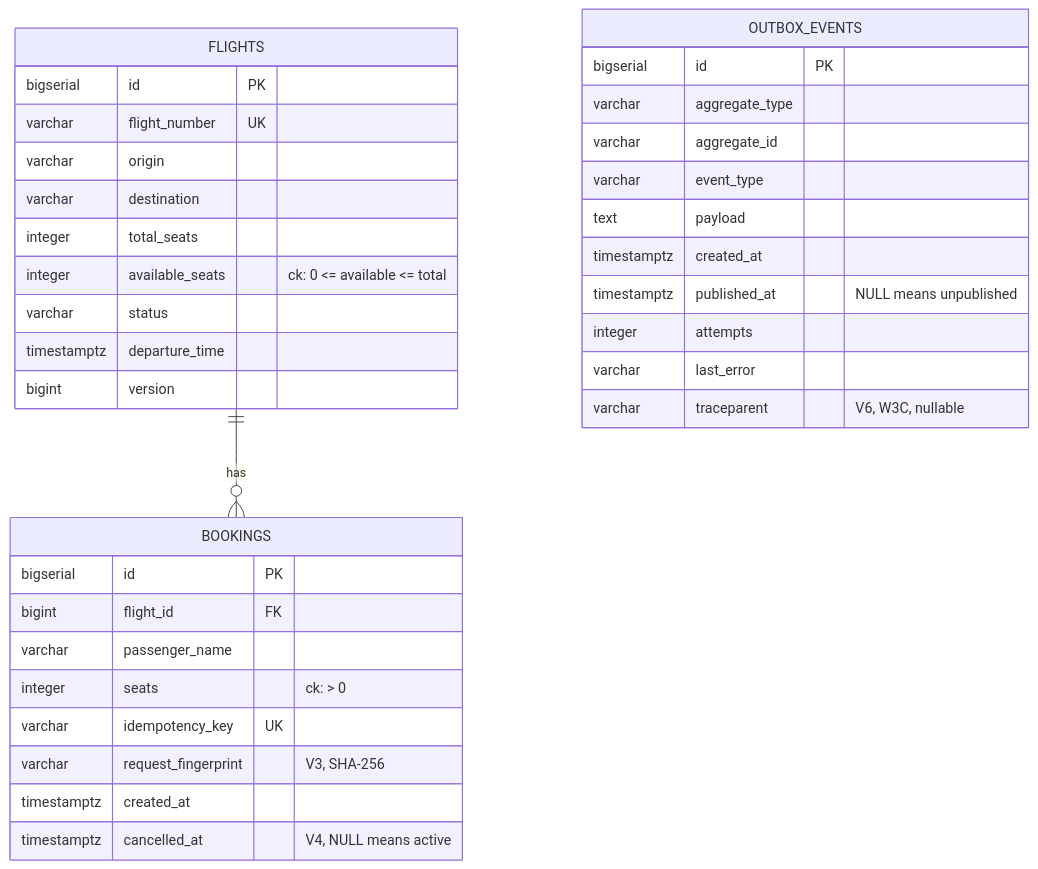
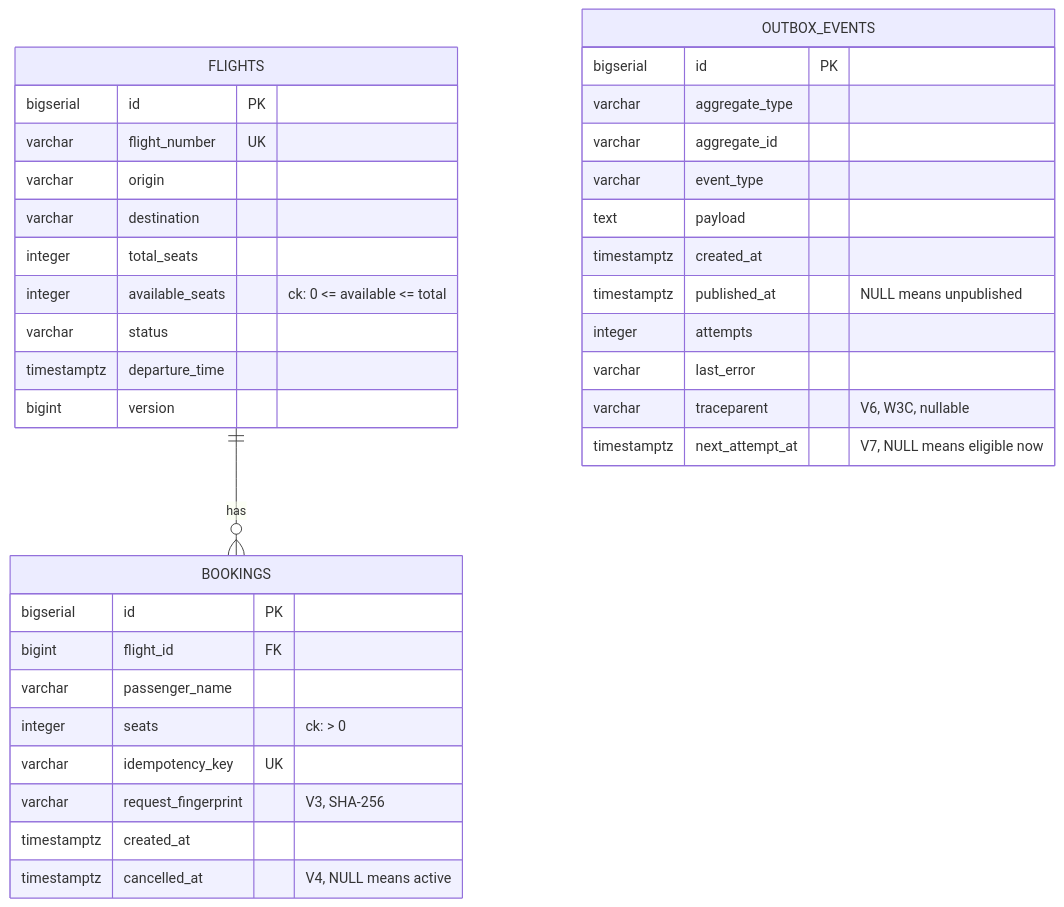
One commit to smit-lakhani-13/flight-ops-services changed the fifth of 7 diagrams in ARCHITECTURE.md. Above: the diagram before and after it, drawn with Mermaid. The commit also changed other lines of this file and 13 other files, not shown here.

````diff
--- a/ARCHITECTURE.md
+++ b/ARCHITECTURE.md
@@ -308,37 +317,38 @@
 ```mermaid
 erDiagram
     FLIGHTS ||--o{ BOOKINGS : "has"
     FLIGHTS {
         bigserial id PK
         varchar flight_number UK
         varchar origin
         varchar destination
         integer total_seats
         integer available_seats "ck: 0 <= available <= total"
         varchar status
         timestamptz departure_time
         bigint version
     }
     BOOKINGS {
         bigserial id PK
         bigint flight_id FK
         varchar passenger_name
         integer seats "ck: > 0"
         varchar idempotency_key UK
         varchar request_fingerprint "V3, SHA-256"
         timestamptz created_at
         timestamptz cancelled_at "V4, NULL means active"
     }
     OUTBOX_EVENTS {
         bigserial id PK
         varchar aggregate_type
         varchar aggregate_id
         varchar event_type
         text payload
         timestamptz created_at
         timestamptz published_at "NULL means unpublished"
         integer attempts
         varchar last_error
         varchar traceparent "V6, W3C, nullable"
+        timestamptz next_attempt_at "V7, NULL means eligible now"
     }
 ```
````
